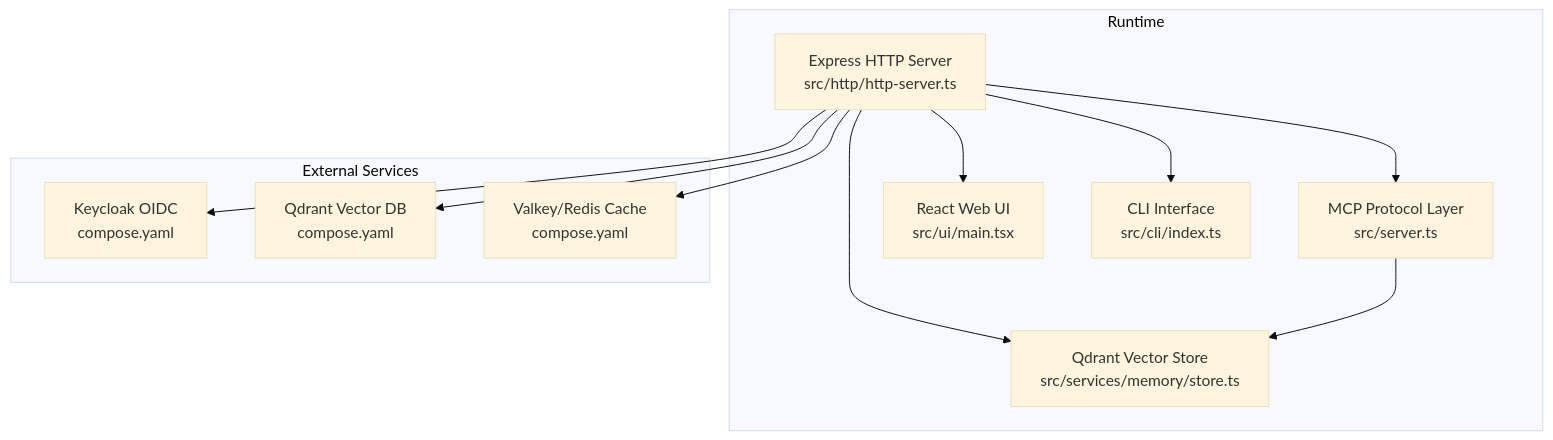
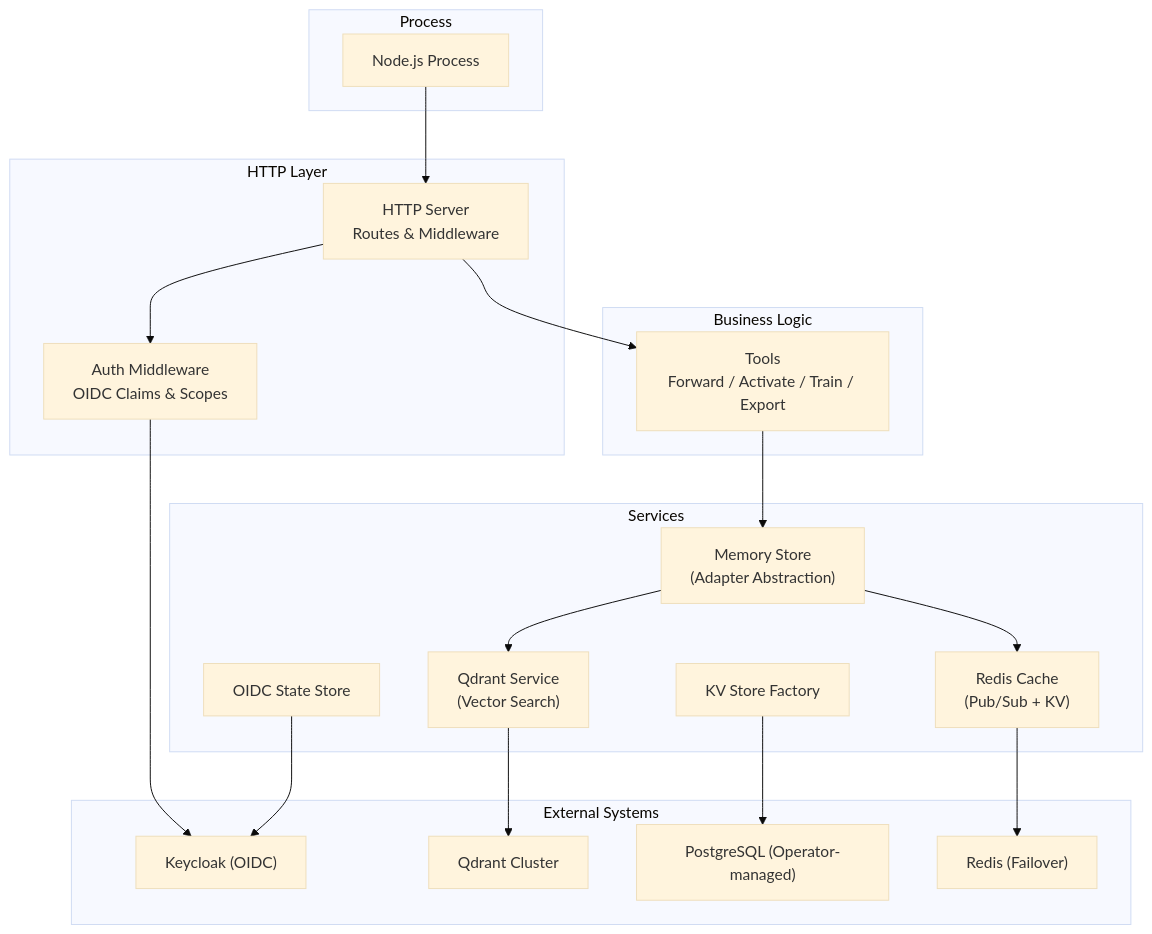
The first of 8 diagrams in .qoder/repowiki/en/content/Project Overview/Architecture Overview.md (debian777/kairos-mcp), drawn with Mermaid (base theme) before and after one commit. The commit also changed other lines of this file and 724 other files, not shown here.

````diff
--- a/.qoder/repowiki/en/content/Project Overview/Architecture Overview.md
+++ b/.qoder/repowiki/en/content/Project Overview/Architecture Overview.md
@@ -40,23 +70,37 @@
 ```mermaid
 graph TB
-subgraph "Runtime"
-A["Express HTTP Server<br/>src/http/http-server.ts"]
-B["MCP Protocol Layer<br/>src/server.ts"]
-C["Qdrant Vector Store<br/>src/services/memory/store.ts"]
-D["React Web UI<br/>src/ui/main.tsx"]
-E["CLI Interface<br/>src/cli/index.ts"]
+subgraph "Process"
+A["Node.js Process"]
 end
-subgraph "External Services"
-F["Keycloak OIDC<br/>compose.yaml"]
-G["Qdrant Vector DB<br/>compose.yaml"]
-H["Valkey/Redis Cache<br/>compose.yaml"]
+subgraph "HTTP Layer"
+H1["HTTP Server<br/>Routes & Middleware"]
+H2["Auth Middleware<br/>OIDC Claims & Scopes"]
 end
-A --> B
-A --> C
-A --> D
-A --> E
-B --> C
-A --> F
-A --> G
-A --> H
+subgraph "Business Logic"
+T1["Tools<br/>Forward / Activate / Train / Export"]
+end
+subgraph "Services"
+S1["Memory Store<br/>(Adapter Abstraction)"]
+S2["Qdrant Service<br/>(Vector Search)"]
+S3["Redis Cache<br/>(Pub/Sub + KV)"]
+S4["OIDC State Store"]
+S5["KV Store Factory"]
+end
+subgraph "External Systems"
+E1["Keycloak (OIDC)"]
+E2["Qdrant Cluster"]
+E3["PostgreSQL (Operator-managed)"]
+E4["Redis (Failover)"]
+end
+A --> H1
+H1 --> H2
+H1 --> T1
+T1 --> S1
+S1 --> S2
+S1 --> S3
+H2 --> E1
+S2 --> E2
+S3 --> E4
+S4 --> E1
+S5 --> E3
 ```
````
